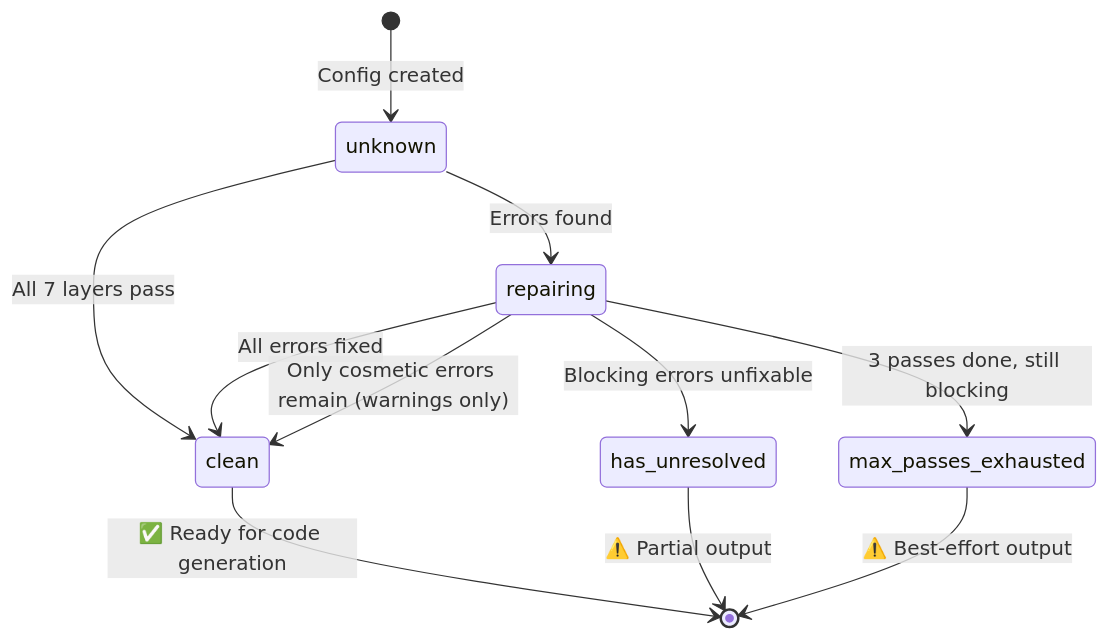
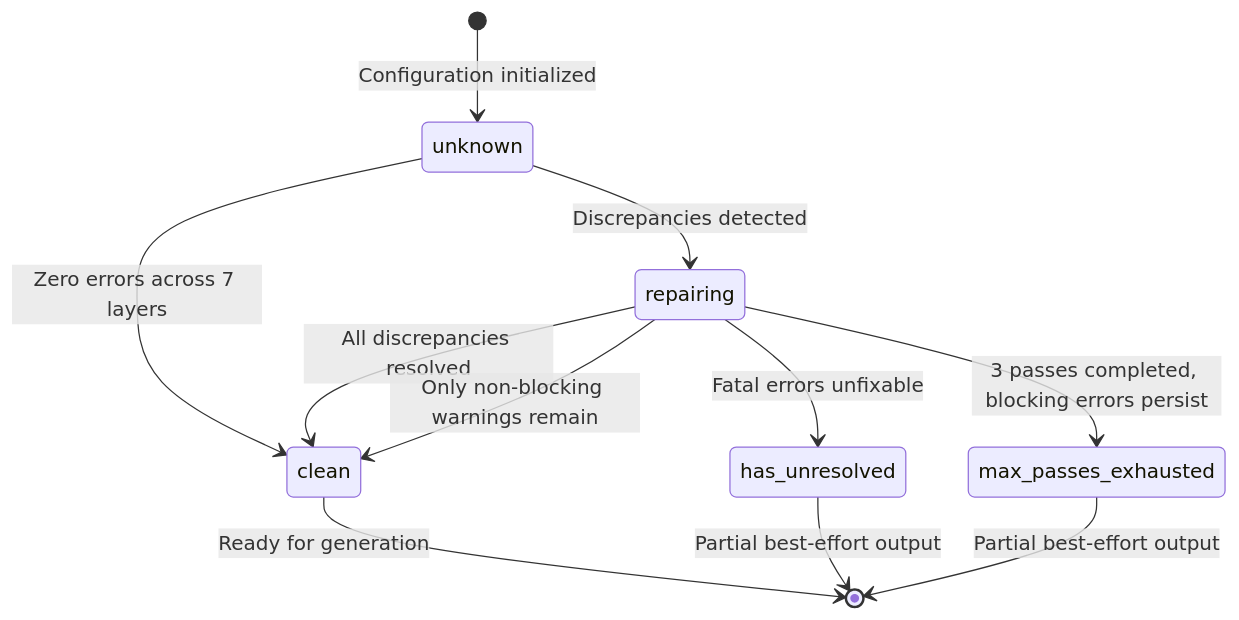
One commit to notsooamit/app-compiler changed the seventh of 19 diagrams in SOFTWARE_ARCHITECTURE.md. Above: the diagram before and after it, drawn with Mermaid. The commit also changed other lines of this file and 2 other files, not shown here.

````diff
--- a/SOFTWARE_ARCHITECTURE.md
+++ b/SOFTWARE_ARCHITECTURE.md
@@ -390,16 +368,16 @@
 ```mermaid
 stateDiagram-v2
-    [*] --> unknown: Config created
+    [*] --> unknown: Configuration initialized
     
-    unknown --> clean: All 7 layers pass
-    unknown --> repairing: Errors found
+    unknown --> clean: Zero errors across 7 layers
+    unknown --> repairing: Discrepancies detected
     
-    repairing --> clean: All errors fixed
-    repairing --> clean: Only cosmetic errors remain (warnings only)
-    repairing --> has_unresolved: Blocking errors unfixable
-    repairing --> max_passes_exhausted: 3 passes done, still blocking
+    repairing --> clean: All discrepancies resolved
+    repairing --> clean: Only non-blocking warnings remain
+    repairing --> has_unresolved: Fatal errors unfixable
+    repairing --> max_passes_exhausted: 3 passes completed, blocking errors persist
     
-    clean --> [*]: ✅ Ready for code generation
-    has_unresolved --> [*]: ⚠️ Partial output
-    max_passes_exhausted --> [*]: ⚠️ Best-effort output
+    clean --> [*]: Ready for generation
+    has_unresolved --> [*]: Partial best-effort output
+    max_passes_exhausted --> [*]: Partial best-effort output
 ```
````
